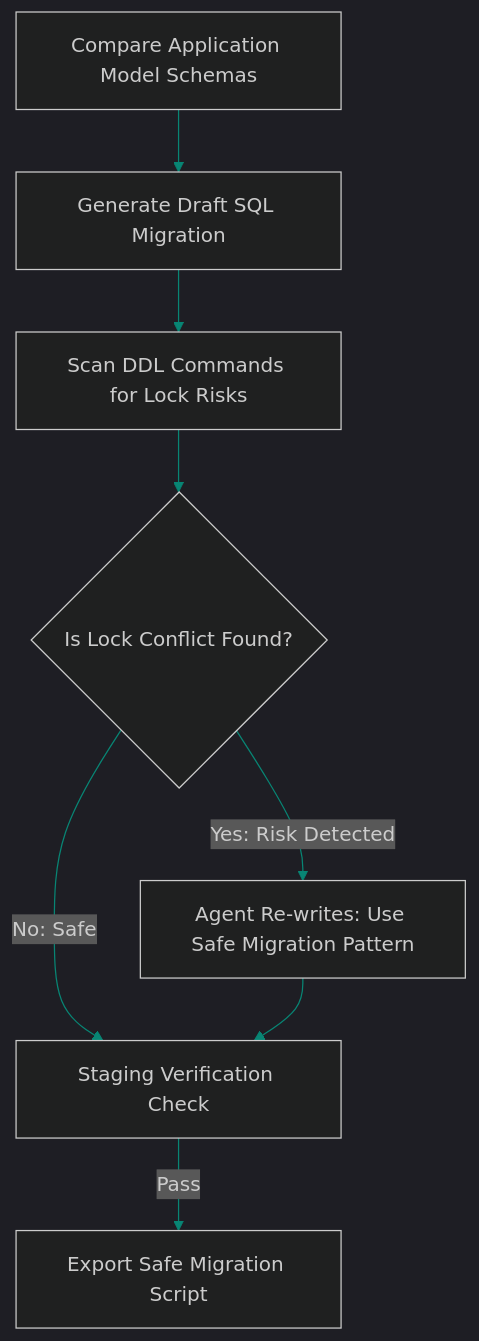
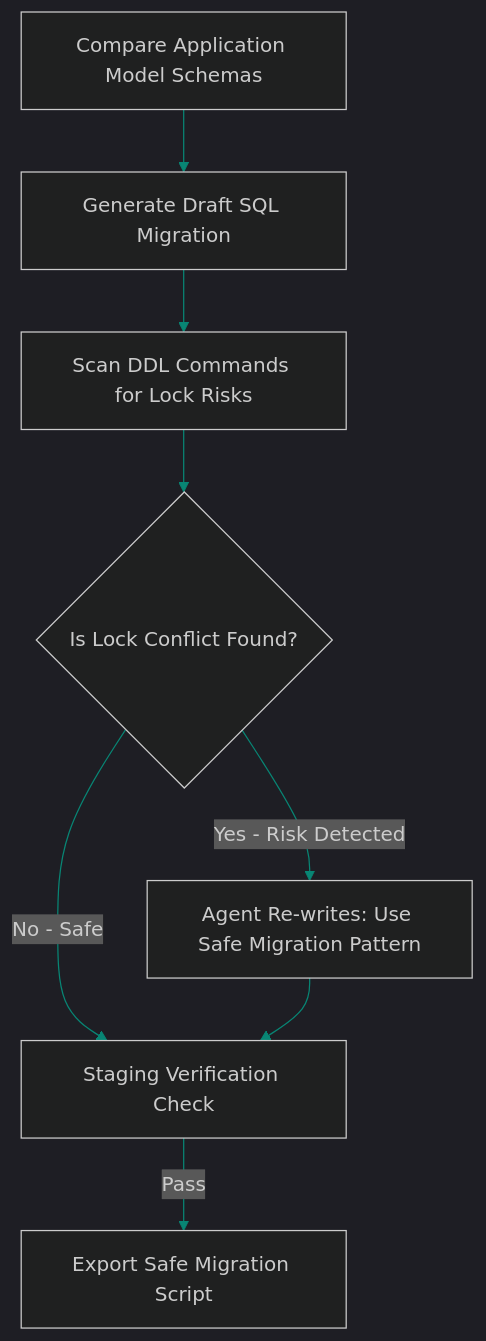
Before and after one commit to akmalkhaniub/akmalkhaniub.github.io: the diagram in blog/posts/database-self-healing-schema-migrations-lock-checks.md, drawn with Mermaid. The commit also changed 411 other files, not shown here.

````diff
--- a/blog/posts/database-self-healing-schema-migrations-lock-checks.md
+++ b/blog/posts/database-self-healing-schema-migrations-lock-checks.md
@@ -16,13 +16,13 @@
 ```mermaid
 %%{init: {'theme': 'dark', 'themeVariables': { 'primaryColor': '#088574', 'primaryTextColor': '#f3f4f6', 'primaryBorderColor': '#0db49b', 'lineColor': '#088574', 'secondaryColor': '#111827', 'tertiaryColor': '#0b0f19'}}}%%
 flowchart TD
     Diff[Compare Application Model Schemas] --> Gen[Generate Draft SQL Migration]
     Gen --> Parse[Scan DDL Commands for Lock Risks]
     
     Parse --> CheckLock{Is Lock Conflict Found?}
-    CheckLock -->|Yes: Risk Detected| Rewrite[Agent Re-writes: Use Safe Migration Pattern]
-    CheckLock -->|No: Safe| Verify[Staging Verification Check]
+    CheckLock -->|Yes - Risk Detected| Rewrite[Agent Re-writes: Use Safe Migration Pattern]
+    CheckLock -->|No - Safe| Verify[Staging Verification Check]
     
     Rewrite --> Verify
     Verify -->|Pass| Commit[Export Safe Migration Script]
 ```
````
